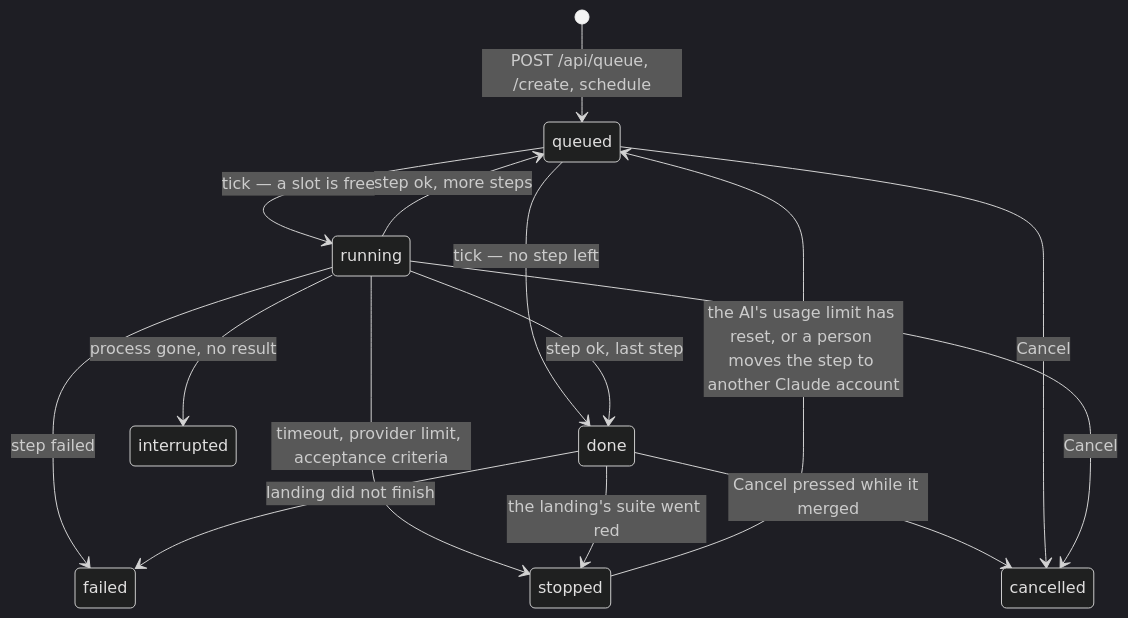
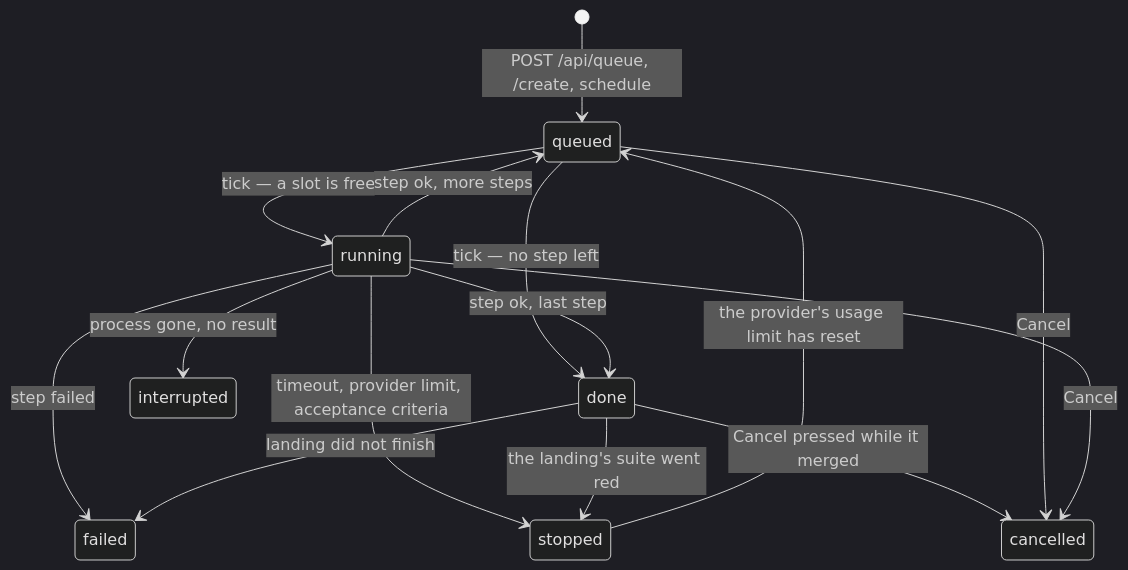
Before and after one commit to ragnarwestad/aide: the diagram in dashboard/docs/job-states.md, drawn with Mermaid (dark theme). The commit also changed other lines of this file and 110 other files, not shown here.

````diff
--- a/dashboard/docs/job-states.md
+++ b/dashboard/docs/job-states.md
@@ -46,17 +45,17 @@
 ```mermaid
 stateDiagram-v2
     [*] --> queued: POST /api/queue, /create, schedule
     queued --> running: tick — a slot is free
     queued --> done: tick — no step left
     running --> queued: step ok, more steps
     running --> done: step ok, last step
     running --> stopped: timeout, provider limit, acceptance criteria
     running --> failed: step failed
     running --> interrupted: process gone, no result
     done --> failed: landing did not finish
     done --> stopped: the landing's suite went red
     done --> cancelled: Cancel pressed while it merged
-    stopped --> queued: the AI's usage limit has reset, or a person moves the step to another Claude account
+    stopped --> queued: the provider's usage limit has reset
     queued --> cancelled: Cancel
     running --> cancelled: Cancel
 ```
````
